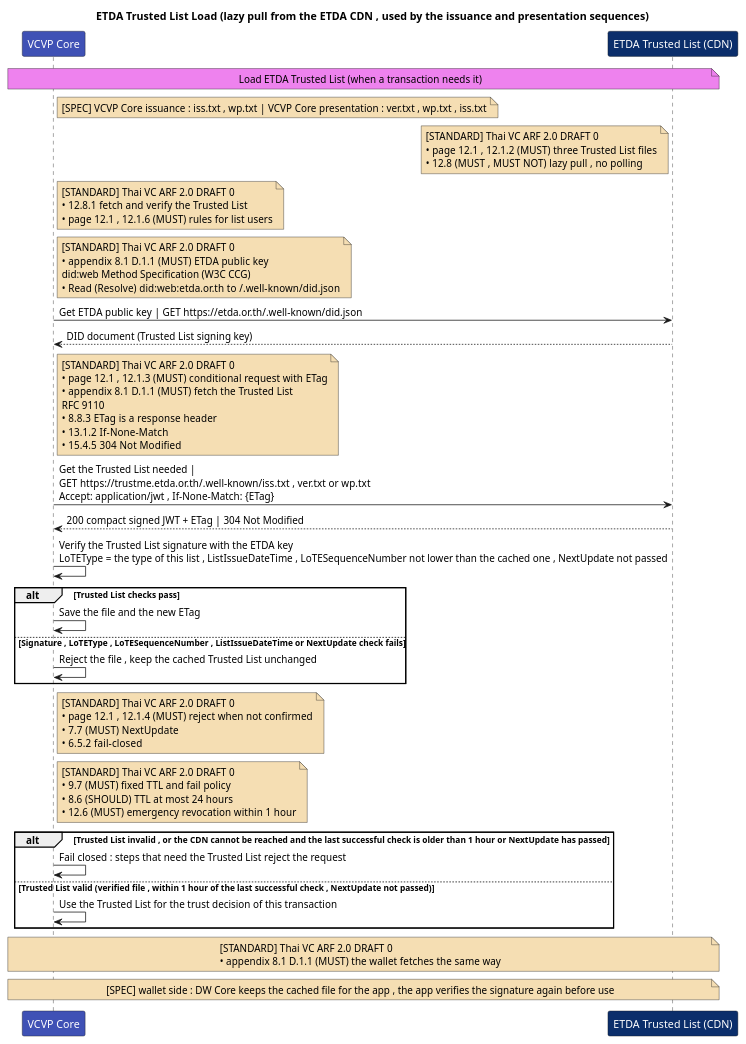
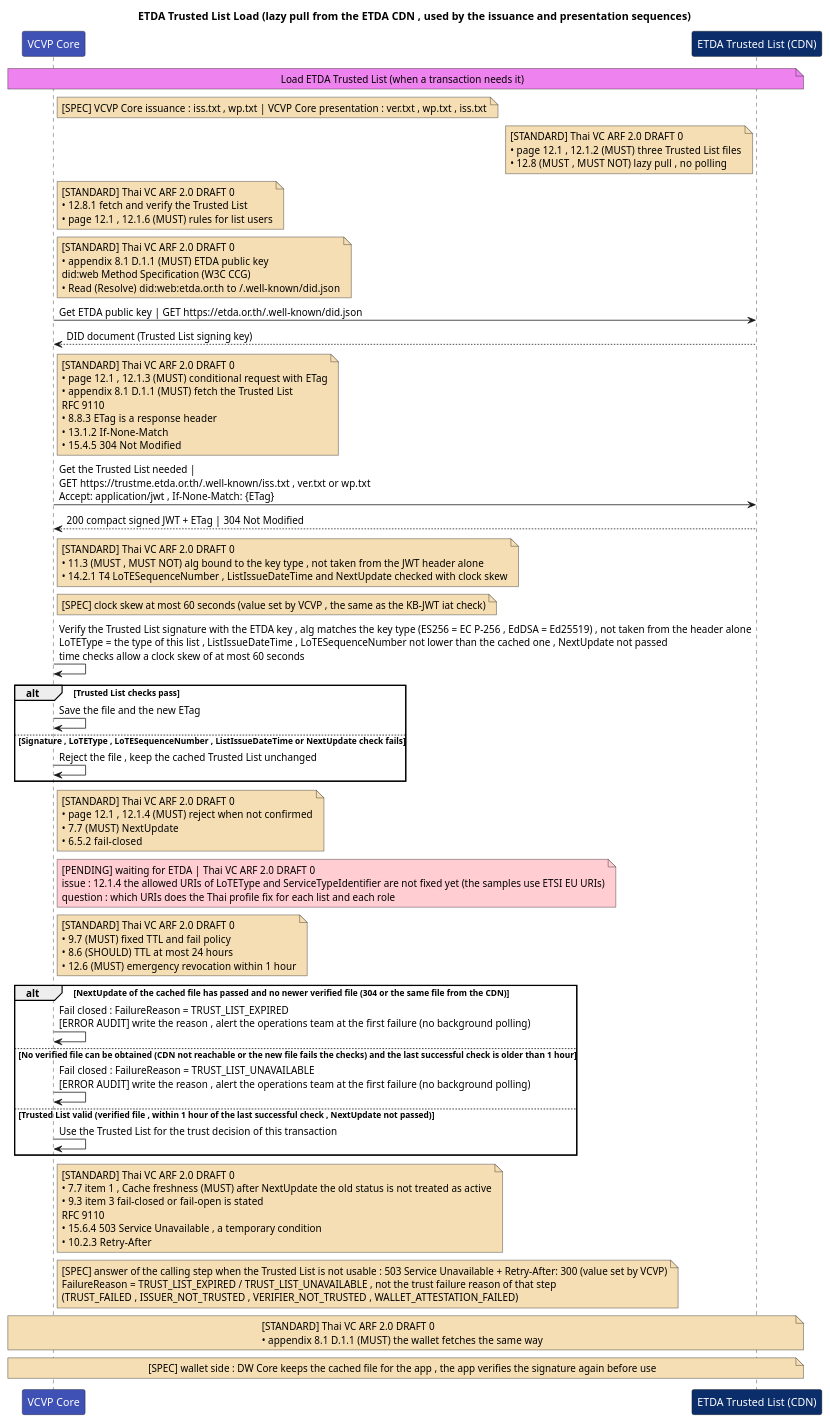
Before and after one commit to pornpanit171/vcvp-diagram: the diagram in docs/trust-list-load-sequence.puml, drawn with PlantUML. The commit also changed 3 other files, not shown here.

```diff
--- a/docs/trust-list-load-sequence.puml
+++ b/docs/trust-list-load-sequence.puml
@@ -1,32 +1,39 @@
 @startuml
 title ETDA Trusted List Load (lazy pull from the ETDA CDN , used by the issuance and presentation sequences)
 
 participant "<color:#white>VCVP Core</color>" as Core #3F51B5
 participant "<color:#white>ETDA Trusted List (CDN)</color>" as Trust #0B2E6B
 
 note over Core,Trust #violet: Load ETDA Trusted List (when a transaction needs it)
 note right of Core #wheat:[SPEC] VCVP Core issuance : iss.txt , wp.txt | VCVP Core presentation : ver.txt , wp.txt , iss.txt
 note left of Trust #wheat:[STANDARD] Thai VC ARF 2.0 DRAFT 0\n• page 12.1 , 12.1.2 (MUST)  three Trusted List files\n• 12.8 (MUST , MUST NOT)  lazy pull , no polling
 note right of Core #wheat:[STANDARD] Thai VC ARF 2.0 DRAFT 0\n• 12.8.1  fetch and verify the Trusted List\n• page 12.1 , 12.1.6 (MUST)  rules for list users
 note right of Core #wheat:[STANDARD] Thai VC ARF 2.0 DRAFT 0\n• appendix 8.1 D.1.1 (MUST)  ETDA public key\ndid:web Method Specification (W3C CCG)\n• Read (Resolve)  did:web:etda.or.th to /.well-known/did.json
 Core->Trust: Get ETDA public key | GET https://etda.or.th/.well-known/did.json
 Trust-->Core: DID document (Trusted List signing key)
 note right of Core #wheat:[STANDARD] Thai VC ARF 2.0 DRAFT 0\n• page 12.1 , 12.1.3 (MUST)  conditional request with ETag\n• appendix 8.1 D.1.1 (MUST)  fetch the Trusted List\nRFC 9110\n• 8.8.3  ETag is a response header\n• 13.1.2  If-None-Match\n• 15.4.5  304 Not Modified
 Core->Trust: Get the Trusted List needed |\nGET https://trustme.etda.or.th/.well-known/iss.txt , ver.txt or wp.txt\nAccept: application/jwt , If-None-Match: {ETag}
 Trust-->Core: 200 compact signed JWT + ETag | 304 Not Modified
-Core->Core: Verify the Trusted List signature with the ETDA key\nLoTEType = the type of this list , ListIssueDateTime , LoTESequenceNumber not lower than the cached one , NextUpdate not passed
+note right of Core #wheat:[STANDARD] Thai VC ARF 2.0 DRAFT 0\n• 11.3 (MUST , MUST NOT)  alg bound to the key type , not taken from the JWT header alone\n• 14.2.1 T4  LoTESequenceNumber , ListIssueDateTime and NextUpdate checked with clock skew
+note right of Core #wheat:[SPEC] clock skew at most 60 seconds (value set by VCVP , the same as the KB-JWT iat check)
+Core->Core: Verify the Trusted List signature with the ETDA key , alg matches the key type (ES256 = EC P-256 , EdDSA = Ed25519) , not taken from the header alone\nLoTEType = the type of this list , ListIssueDateTime , LoTESequenceNumber not lower than the cached one , NextUpdate not passed\ntime checks allow a clock skew of at most 60 seconds
 alt Trusted List checks pass
     Core->Core: Save the file and the new ETag
 else Signature , LoTEType , LoTESequenceNumber , ListIssueDateTime or NextUpdate check fails
     Core->Core: Reject the file , keep the cached Trusted List unchanged
 end
 note right of Core #wheat:[STANDARD] Thai VC ARF 2.0 DRAFT 0\n• page 12.1 , 12.1.4 (MUST)  reject when not confirmed\n• 7.7 (MUST)  NextUpdate\n• 6.5.2  fail-closed
+note right of Core #FFCDD2:[PENDING] waiting for ETDA | Thai VC ARF 2.0 DRAFT 0\nissue : 12.1.4 the allowed URIs of LoTEType and ServiceTypeIdentifier are not fixed yet (the samples use ETSI EU URIs)\nquestion : which URIs does the Thai profile fix for each list and each role
 note right of Core #wheat:[STANDARD] Thai VC ARF 2.0 DRAFT 0\n• 9.7 (MUST)  fixed TTL and fail policy\n• 8.6 (SHOULD)  TTL at most 24 hours\n• 12.6 (MUST)  emergency revocation within 1 hour
-alt Trusted List invalid , or the CDN cannot be reached and the last successful check is older than 1 hour or NextUpdate has passed
-    Core->Core: Fail closed : steps that need the Trusted List reject the request
+alt NextUpdate of the cached file has passed and no newer verified file (304 or the same file from the CDN)
+    Core->Core: Fail closed : FailureReason = TRUST_LIST_EXPIRED\n[ERROR AUDIT] write the reason , alert the operations team at the first failure (no background polling)
+else No verified file can be obtained (CDN not reachable or the new file fails the checks) and the last successful check is older than 1 hour
+    Core->Core: Fail closed : FailureReason = TRUST_LIST_UNAVAILABLE\n[ERROR AUDIT] write the reason , alert the operations team at the first failure (no background polling)
 else Trusted List valid (verified file , within 1 hour of the last successful check , NextUpdate not passed)
     Core->Core: Use the Trusted List for the trust decision of this transaction
 end
+note right of Core #wheat:[STANDARD] Thai VC ARF 2.0 DRAFT 0\n• 7.7 item 1 , Cache freshness (MUST)  after NextUpdate the old status is not treated as active\n• 9.3 item 3  fail-closed or fail-open is stated\nRFC 9110\n• 15.6.4  503 Service Unavailable , a temporary condition\n• 10.2.3  Retry-After
+note right of Core #wheat:[SPEC] answer of the calling step when the Trusted List is not usable : 503 Service Unavailable + Retry-After: 300 (value set by VCVP)\nFailureReason = TRUST_LIST_EXPIRED / TRUST_LIST_UNAVAILABLE , not the trust failure reason of that step\n(TRUST_FAILED , ISSUER_NOT_TRUSTED , VERIFIER_NOT_TRUSTED , WALLET_ATTESTATION_FAILED)
 note over Core,Trust #wheat:[STANDARD] Thai VC ARF 2.0 DRAFT 0\n• appendix 8.1 D.1.1 (MUST)  the wallet fetches the same way
 note over Core,Trust #wheat:[SPEC] wallet side : DW Core keeps the cached file for the app , the app verifies the signature again before use
 @enduml
```
